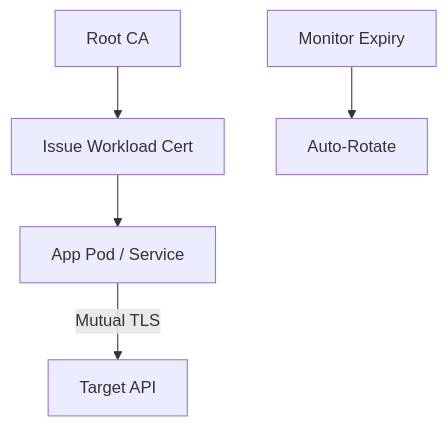
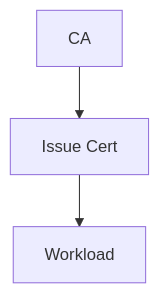
The eighth of 30 diagrams in README.md (Devopstrio/identity-landingzone), drawn with Mermaid before and after one commit. The commit also changed other lines of this file, not shown here.

Commit message:
docs: expand README with 30+ architectural diagrams

````diff
--- a/README.md
+++ b/README.md
@@ -179,7 +83,5 @@
 ```mermaid
 graph TD
-    CA[Root CA] --> Issue[Issue Workload Cert]
-    Issue --> Pod[App Pod / Service]
-    Pod -- "Mutual TLS" --> Target[Target API]
-    Monitor[Monitor Expiry] --> Rotate[Auto-Rotate]
+    CA[CA] --> Issue[Issue Cert]
+    Issue --> Pod[Workload]
 ```
````
